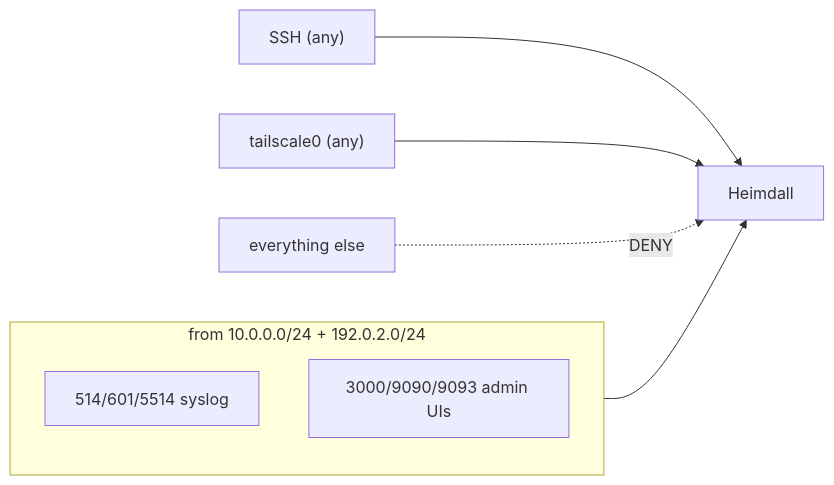
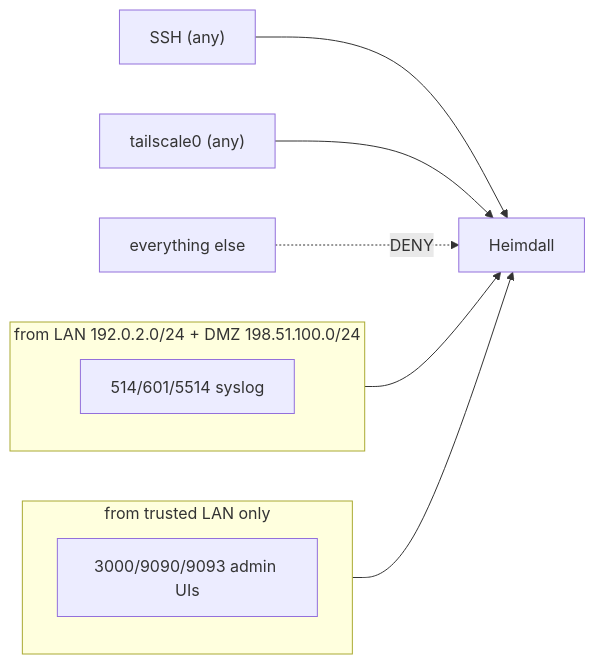
The second of 2 diagrams in heimdall-stack/docs/networking.md (GhostKellz/arch), drawn with Mermaid before and after one commit. The commit also changed other lines of this file and 5 other files, not shown here.

````diff
--- a/heimdall-stack/docs/networking.md
+++ b/heimdall-stack/docs/networking.md
@@ -38,11 +66,14 @@
 ```mermaid
 flowchart LR
     SSH["SSH (any)"] --> H
     TS["tailscale0 (any)"] --> H
-    subgraph FromLAN["from 10.0.0.0/24 + 192.0.2.0/24"]
+    subgraph FromInternal["from LAN 192.0.2.0/24 + DMZ 198.51.100.0/24"]
         ING["514/601/5514 syslog"]
+    end
+    subgraph FromLAN["from trusted LAN only"]
         UI["3000/9090/9093 admin UIs"]
     end
+    FromInternal --> H
     FromLAN --> H["Heimdall"]
     OTHER["everything else"] -.->|"DENY"| H
 ```
````
